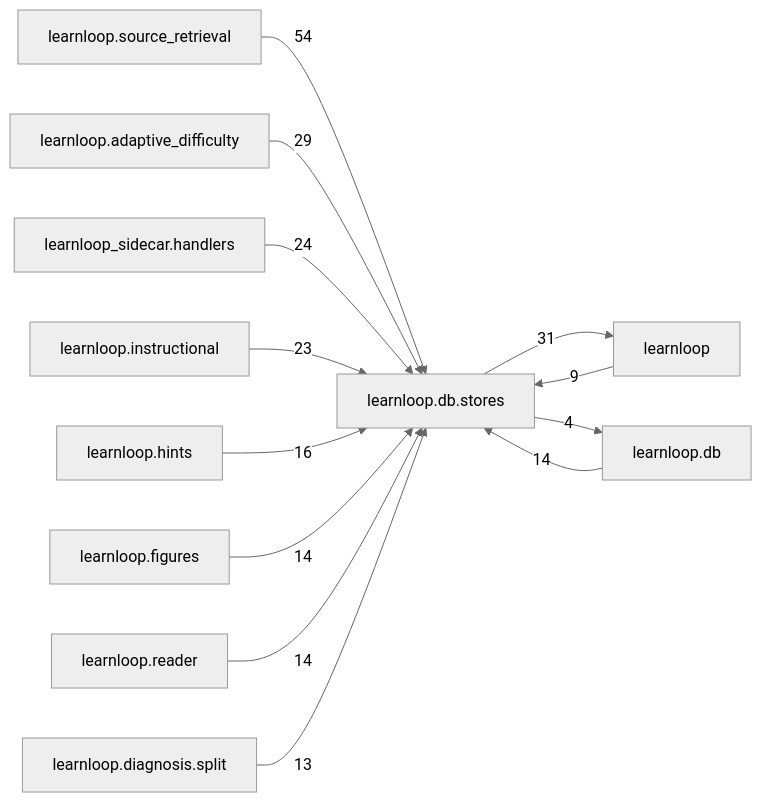
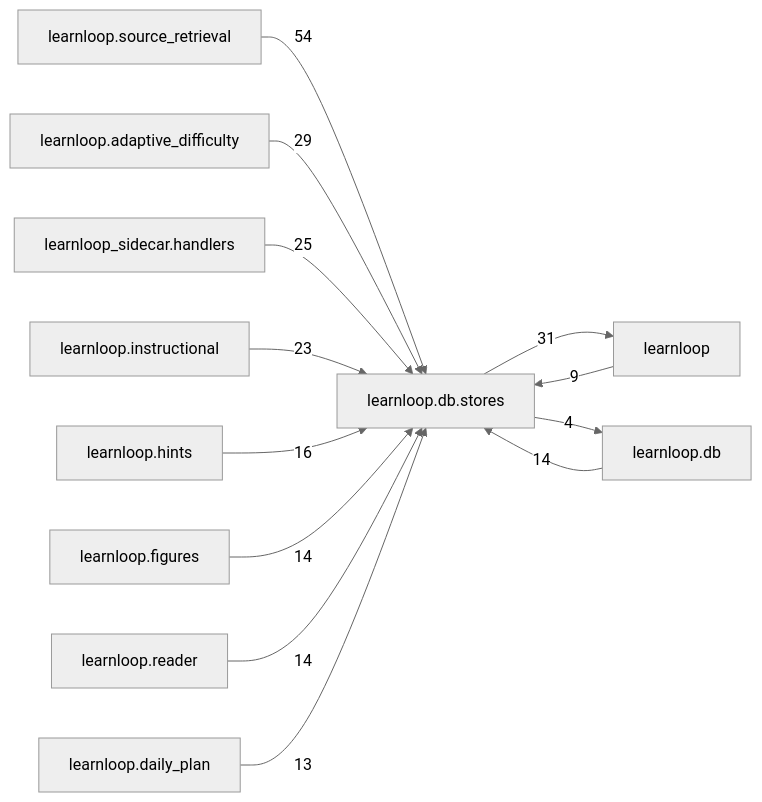
The diagram in docs/learnloop-architecture-vault/Reference/Modules/learnloop/db/stores/_package.md (6up-b/learnanything), drawn with Mermaid (neutral theme) before and after one commit. The commit also changed other lines of this file and 585 other files, not shown here.

First line of the commit message:
RO4 (5): specs amended (§13: action router §7.3, the R2 plan §3.3, daily loop §6.8, frictionless P1a, AD §8.2; §8.11 as built), the stage record, references regenerated

````diff
--- a/docs/learnloop-architecture-vault/Reference/Modules/learnloop/db/stores/_package.md
+++ b/docs/learnloop-architecture-vault/Reference/Modules/learnloop/db/stores/_package.md
@@ -218,26 +218,26 @@
 ```mermaid
 flowchart LR
     center["learnloop.db.stores"]
     n_learnloop_source_retrieval["learnloop.source_retrieval"]
     n_learnloop["learnloop"]
     n_learnloop_adaptive_difficulty["learnloop.adaptive_difficulty"]
     n_learnloop_sidecar_handlers["learnloop_sidecar.handlers"]
     n_learnloop_instructional["learnloop.instructional"]
     n_learnloop_db["learnloop.db"]
     n_learnloop_hints["learnloop.hints"]
     n_learnloop_figures["learnloop.figures"]
     n_learnloop_reader["learnloop.reader"]
-    n_learnloop_diagnosis_split["learnloop.diagnosis.split"]
+    n_learnloop_daily_plan["learnloop.daily_plan"]
     n_learnloop_source_retrieval -->|54| center
     n_learnloop -->|9| center
     center -->|31| n_learnloop
     n_learnloop_adaptive_difficulty -->|29| center
-    n_learnloop_sidecar_handlers -->|24| center
+    n_learnloop_sidecar_handlers -->|25| center
     n_learnloop_instructional -->|23| center
     n_learnloop_db -->|14| center
     center -->|4| n_learnloop_db
     n_learnloop_hints -->|16| center
     n_learnloop_figures -->|14| center
     n_learnloop_reader -->|14| center
-    n_learnloop_diagnosis_split -->|13| center
+    n_learnloop_daily_plan -->|13| center
 ```
````
